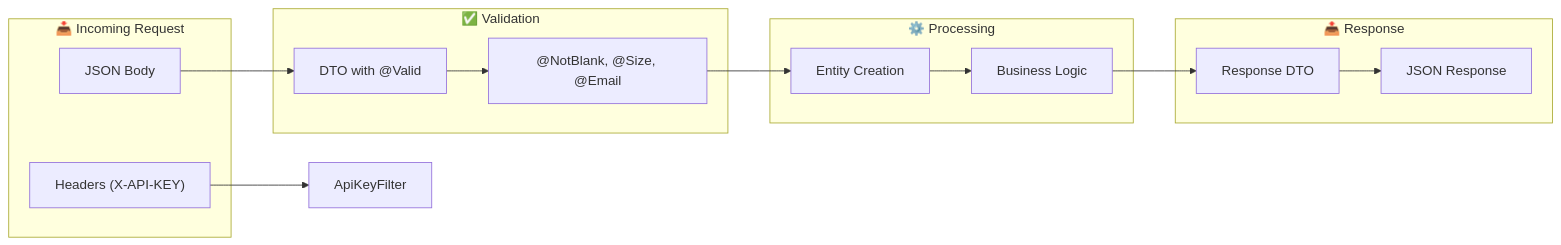
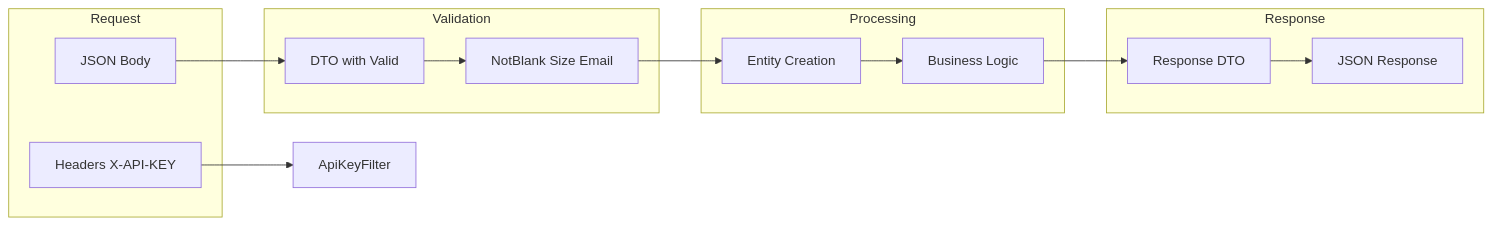
Before and after one commit to berserk3142-max/REST-API-for-a-Task-Management-system: the third of 8 diagrams in README.md, drawn with Mermaid. The commit also changed other lines of this file, not shown here.

````diff
--- a/README.md
+++ b/README.md
@@ -129,30 +129,30 @@
 ```mermaid
 flowchart LR
-    subgraph Request["📥 Incoming Request"]
-        JSON["JSON Body"]
-        Headers["Headers (X-API-KEY)"]
+    subgraph Request
+        JSON[JSON Body]
+        Headers[Headers X-API-KEY]
     end
 
-    subgraph Validation["✅ Validation"]
-        DTO["DTO with @Valid"]
-        Anno["@NotBlank, @Size, @Email"]
+    subgraph Validation
+        DTO[DTO with Valid]
+        Anno[NotBlank Size Email]
     end
 
-    subgraph Processing["⚙️ Processing"]
-        Entity["Entity Creation"]
-        Logic["Business Logic"]
+    subgraph Processing
+        Entity[Entity Creation]
+        Logic[Business Logic]
     end
 
-    subgraph Response["📤 Response"]
-        ResDTO["Response DTO"]
-        ResJSON["JSON Response"]
+    subgraph Response
+        ResDTO[Response DTO]
+        ResJSON[JSON Response]
     end
 
     JSON --> DTO
-    Headers --> Filter["ApiKeyFilter"]
+    Headers --> Filter[ApiKeyFilter]
     DTO --> Anno
     Anno --> Entity
     Entity --> Logic
     Logic --> ResDTO
     ResDTO --> ResJSON
 ```
````
